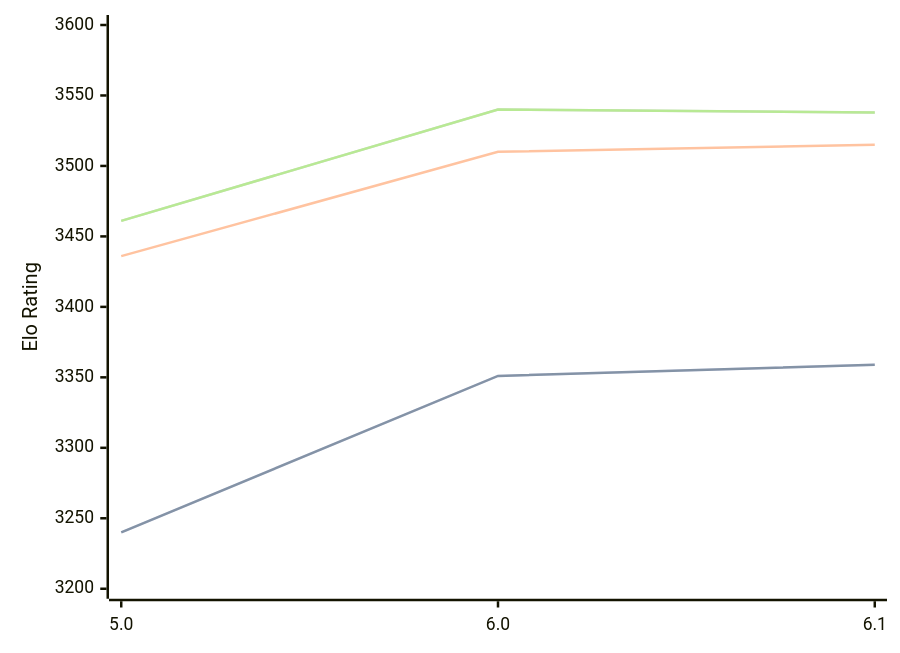
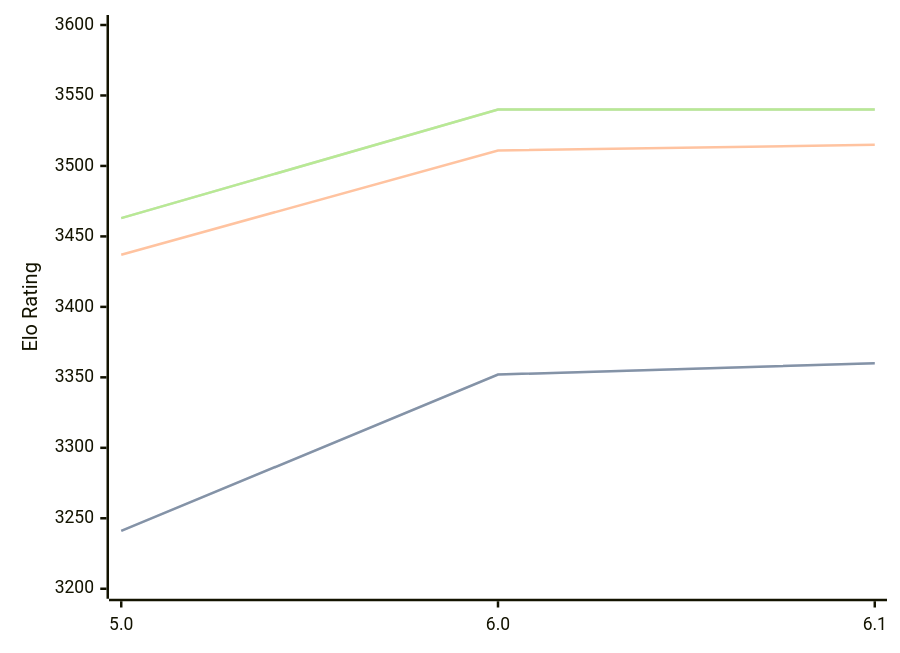
Before and after one commit to computer-chess-index/cci: the diagram in engines/Starzix.md, drawn with Mermaid. The commit also changed other lines of this file, not shown here.

Commit message:
Update CCI Ratings (ELO VLTC) - 2026-04-13

````diff
--- a/engines/Starzix.md
+++ b/engines/Starzix.md
@@ -37,11 +37,11 @@
 ```mermaid
 %%{init: {"theme":"base","themeVariables":{"seriesColors:['#a3a3a3','#222221','#faa371']}}}%%
 xychart-beta
   x-axis ["5.0", "6.0", "6.1"]
   y-axis "Elo Rating" 3200 --> 3600
-  line "STC (8.0+0.08s)" [3240, 3351, 3359]
-  line "STC (8.0+0.08s)" [3240, 3351, 3359]
-  line "LTC (60.0+0.60s)" [3436, 3510, 3515]
-  line "VLTC (2m24s+1.12s)" [3461, 3540, 3538]
-  line "VLTC (2m24s+1.12s)" [3461, 3540, 3538]
+  line "STC (8.0+0.08s)" [3241, 3352, 3360]
+  line "STC (8.0+0.08s)" [3241, 3352, 3360]
+  line "LTC (60.0+0.60s)" [3437, 3511, 3515]
+  line "VLTC (2m24s+1.12s)" [3463, 3540, 3540]
+  line "VLTC (2m24s+1.12s)" [3463, 3540, 3540]
 ```
````
